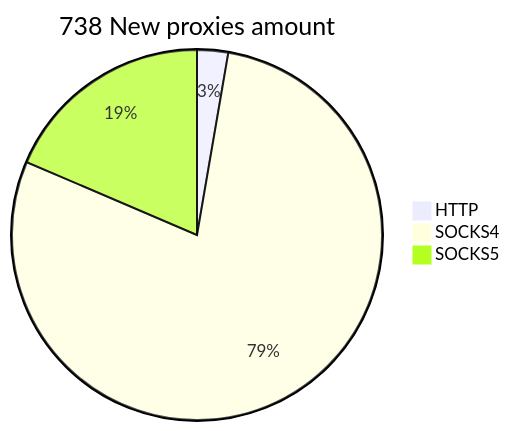
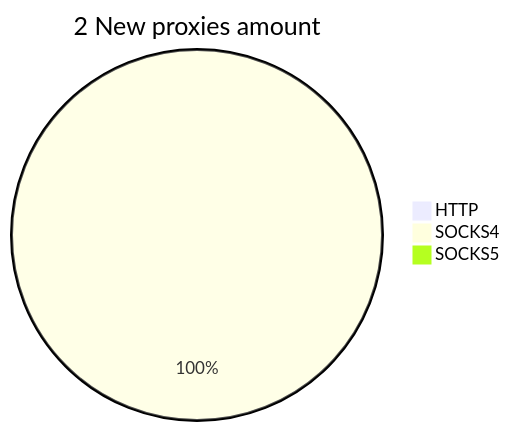
One commit to cutipu/proxylist changed the second of 2 diagrams in README.md. Above: the diagram before and after it, drawn with Mermaid. The commit also changed other lines of this file, not shown here.

````diff
--- a/README.md
+++ b/README.md
@@ -10,6 +10,6 @@
 ```mermaid
-pie title 738 New proxies amount
-    "HTTP" : 20
-    "SOCKS4" : 581
-    "SOCKS5" : 137
+pie title 2 New proxies amount
+    "HTTP" : 0
+    "SOCKS4" : 3
+    "SOCKS5" : 0
 ```
````
